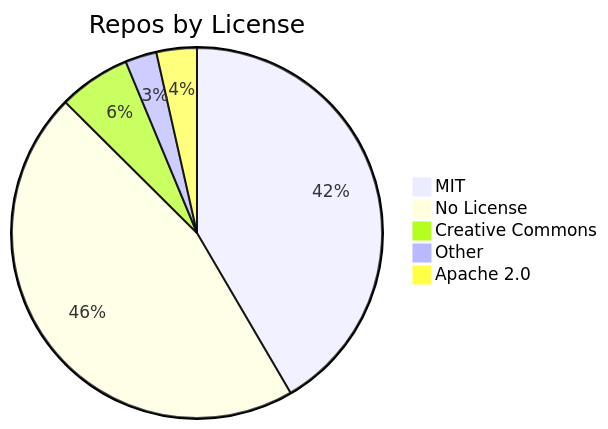
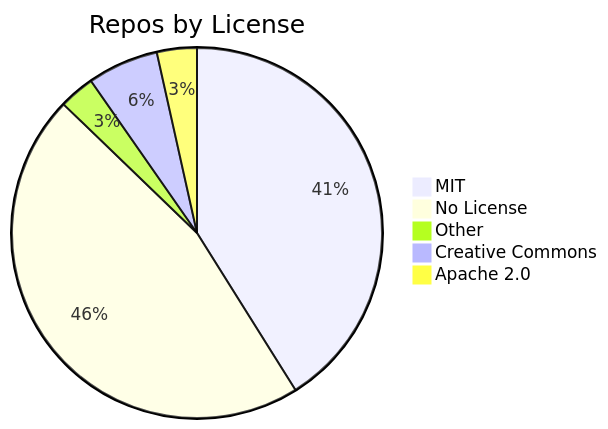
Before and after one commit to jpatterson933/awesome-mcp-server-repo-index: the diagram in README.md, drawn with Mermaid. The commit also changed other lines of this file and 3 other files, not shown here.

````diff
--- a/README.md
+++ b/README.md
@@ -29,8 +29,8 @@
 ```mermaid
 pie title Repos by License
     "MIT" : 106
-    "No License" : 117
+    "No License" : 119
+    "Other" : 8
     "Creative Commons" : 16
-    "Other" : 7
     "Apache 2.0" : 9
 ```
````
